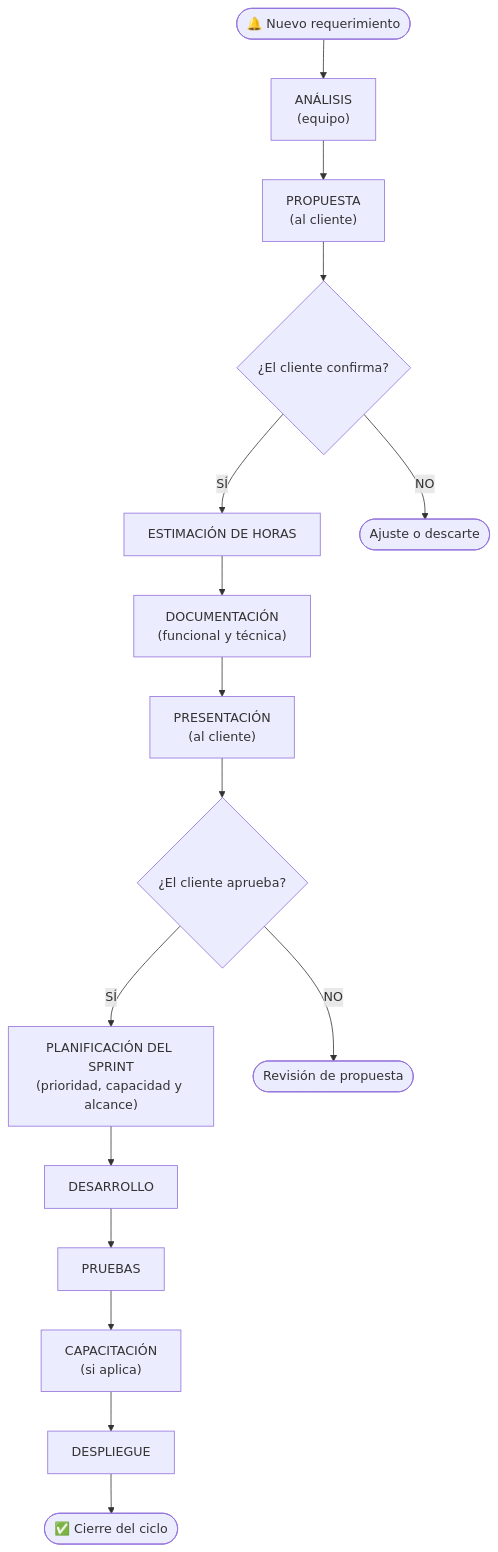
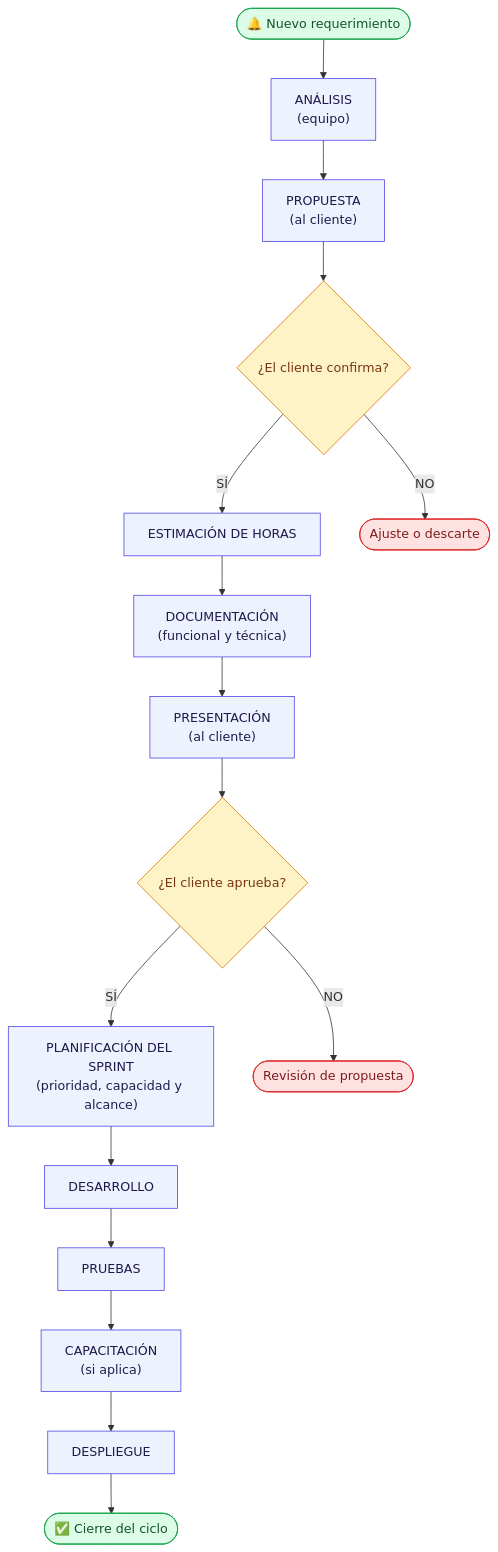
Before and after one commit to Mkdir-arg/Chaco-Back: the second of 2 diagrams in docs/client/methodology.md, drawn with Mermaid. The commit also changed other lines of this file and 8 other files, not shown here.

````diff
--- a/docs/client/methodology.md
+++ b/docs/client/methodology.md
@@ -100,18 +117,27 @@
 ```mermaid
 flowchart TD
-    A([🔔 Nuevo requerimiento]) --> B["ANÁLISIS\n(equipo)"]
-    B --> C["PROPUESTA\n(al cliente)"]
+    A([🔔 Nuevo requerimiento]) --> B["ANÁLISIS<br/>(equipo)"]
+    B --> C["PROPUESTA<br/>(al cliente)"]
     C --> D{¿El cliente confirma?}
-    D --> |SÍ| E[ESTIMACIÓN DE HORAS]
-    D --> |NO| Z1([Ajuste o descarte])
-    E --> F["DOCUMENTACIÓN\n(funcional y técnica)"]
-    F --> G["PRESENTACIÓN\n(al cliente)"]
+    D -- SÍ --> E[ESTIMACIÓN DE HORAS]
+    D -- NO --> Z1([Ajuste o descarte])
+    E --> F["DOCUMENTACIÓN<br/>(funcional y técnica)"]
+    F --> G["PRESENTACIÓN<br/>(al cliente)"]
     G --> H{¿El cliente aprueba?}
-  H --> |SÍ| P["PLANIFICACIÓN DEL SPRINT\n(prioridad, capacidad y alcance)"]
-    H --> |NO| Z2([Revisión de propuesta])
-  P --> I[DESARROLLO]
+    H -- SÍ --> P["PLANIFICACIÓN DEL SPRINT<br/>(prioridad, capacidad y alcance)"]
+    H -- NO --> Z2([Revisión de propuesta])
+    P --> I[DESARROLLO]
     I --> J[PRUEBAS]
-    J --> K["CAPACITACIÓN\n(si aplica)"]
+    J --> K["CAPACITACIÓN<br/>(si aplica)"]
     K --> L[DESPLIEGUE]
     L --> M([✅ Cierre del ciclo])
+
+    classDef step fill:#eef2ff,stroke:#4f46e5,color:#1e1b4b
+    classDef gate fill:#fef3c7,stroke:#d97706,color:#78350f
+    classDef end1 fill:#dcfce7,stroke:#16a34a,color:#14532d
+    classDef cancel fill:#fee2e2,stroke:#dc2626,color:#7f1d1d
+    class B,C,E,F,G,P,I,J,K,L step
+    class D,H gate
+    class A,M end1
+    class Z1,Z2 cancel
 ```
````
